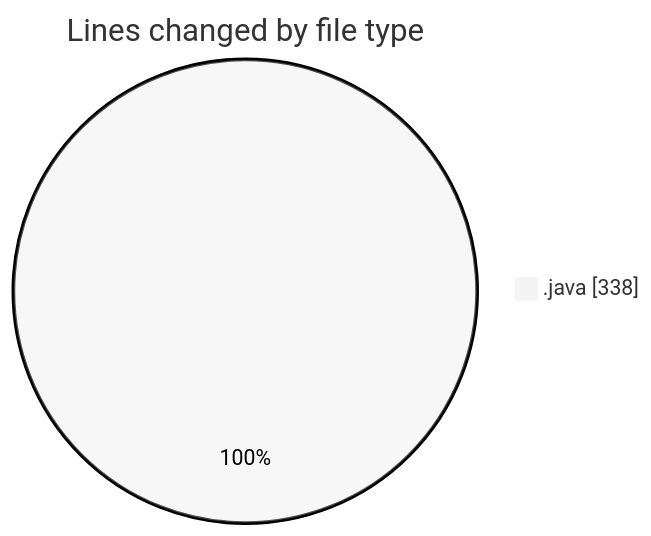
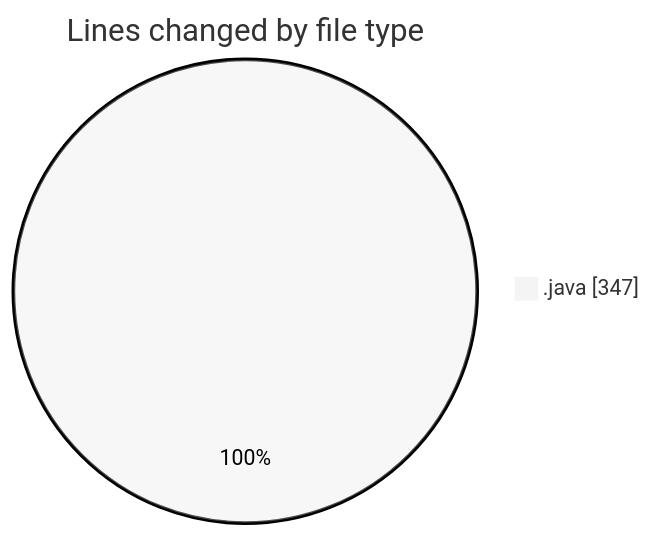
Before and after one commit to Elitesun/code-tracking: the first of 2 diagrams in 2025-02-21/projet/README.md, drawn with Mermaid (neutral theme). The commit also changed other lines of this file and 1 other file, not shown here.

````diff
--- a/2025-02-21/projet/README.md
+++ b/2025-02-21/projet/README.md
@@ -22,5 +23,5 @@
 ```mermaid
 pie showData
 title Lines changed by file type
-".java" : 338
+".java" : 347
 ```
````
